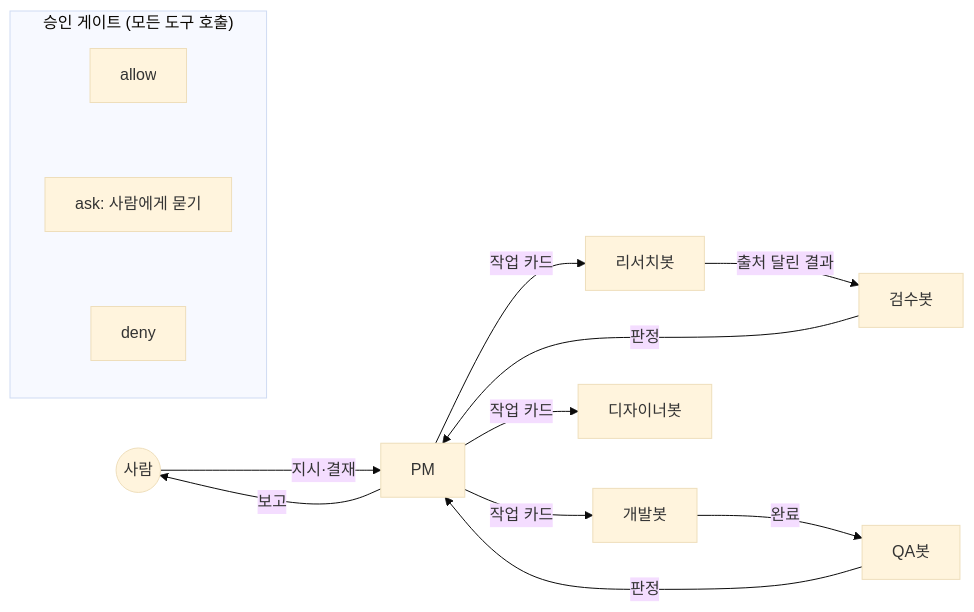
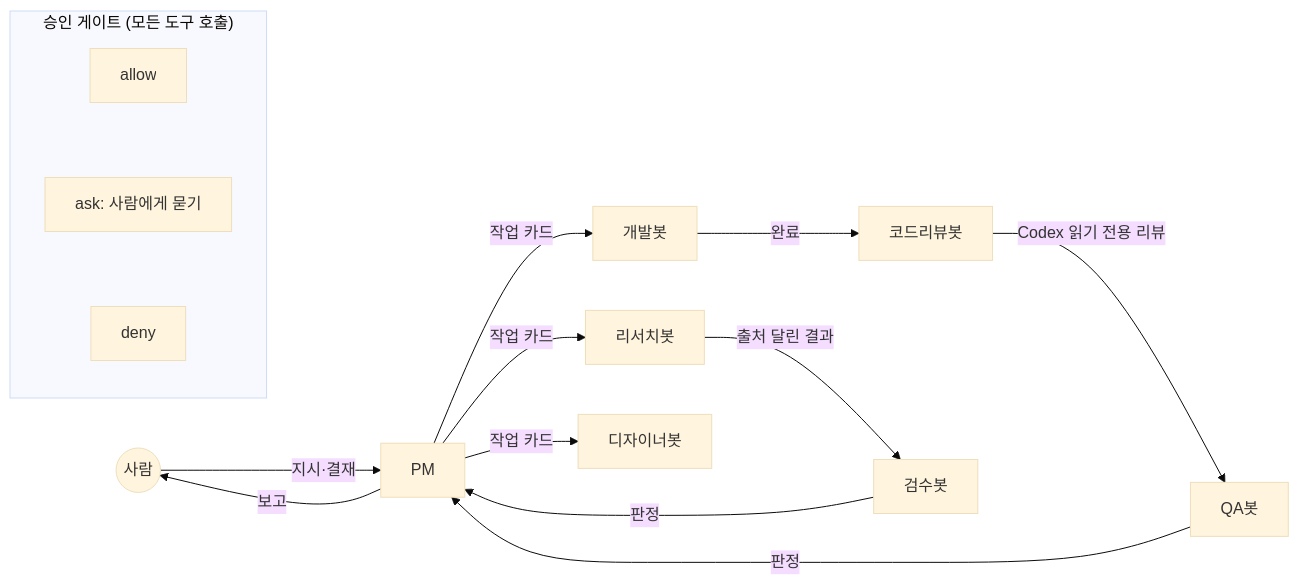
Before and after one commit to ain0633/ainsof-office: the diagram in README.md, drawn with Mermaid (base theme). The commit also changed other lines of this file and 28 other files, not shown here.

````diff
--- a/README.md
+++ b/README.md
@@ -19,13 +19,14 @@
 ```mermaid
 flowchart LR
   CEO((사람)) -- 지시·결재 --> PM
   PM -- 작업 카드 --> R[리서치봇] & D[개발봇] & G[디자이너봇]
-  D -- 완료 --> Q[QA봇]
+  D -- 완료 --> C[코드리뷰봇]
+  C -- Codex 읽기 전용 리뷰 --> Q[QA봇]
   R -- 출처 달린 결과 --> V[검수봇]
   Q & V -- 판정 --> PM
   PM -- 보고 --> CEO
   subgraph 게이트["승인 게이트 (모든 도구 호출)"]
     direction TB
     A[allow] ~~~ K[ask: 사람에게 묻기] ~~~ X[deny]
   end
 ```
````
